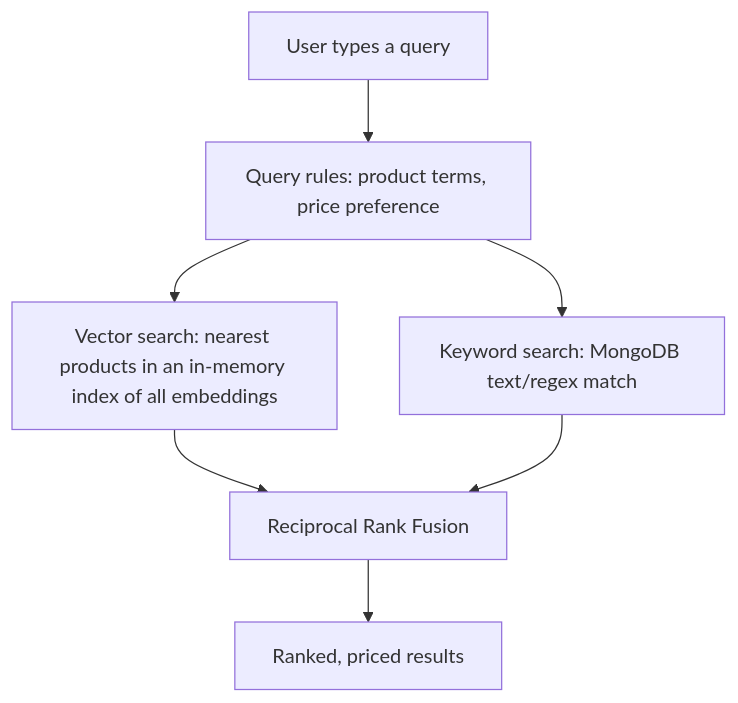
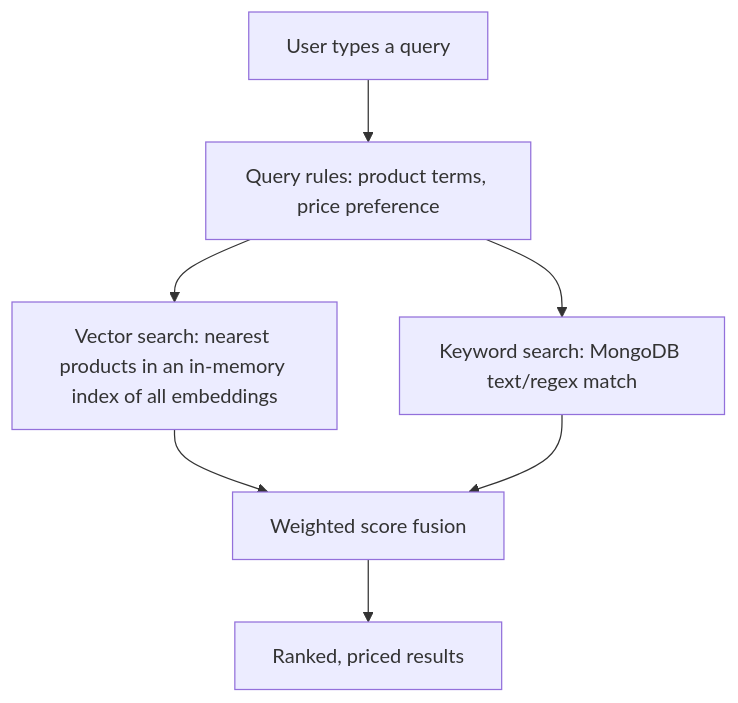
One commit to martintrifunov/obrok changed the first of 2 diagrams in apps/docs/concepts/search-and-recipes.md. Above: the diagram before and after it, drawn with Mermaid. The commit also changed other lines of this file and 7 other files, not shown here.

Commit message:
feat(search): rank results by weighted keyword and vector relevance

````diff
--- a/apps/docs/concepts/search-and-recipes.md
+++ b/apps/docs/concepts/search-and-recipes.md
@@ -17,9 +17,9 @@
 ```mermaid
 flowchart TD
     A[User types a query] --> B[Query rules: product terms, price preference]
     B --> C[Vector search: nearest products in an in-memory index of all embeddings]
     B --> D[Keyword search: MongoDB text/regex match]
-    C --> E[Reciprocal Rank Fusion]
+    C --> E[Weighted score fusion]
     D --> E
     E --> F[Ranked, priced results]
 ```
````
